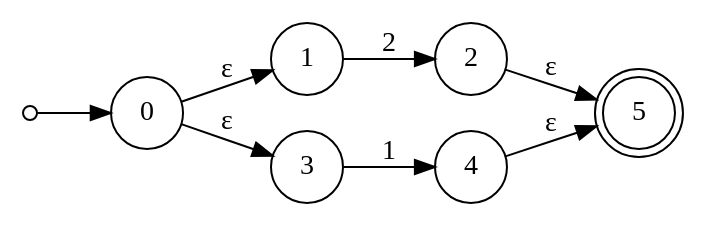
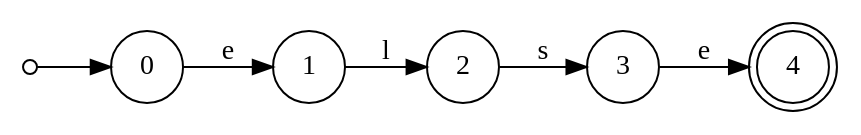
The diagram in nfa1.gv (EstebanAG1005/LaboratorioC-Lenguajes), drawn with Graphviz before and after one commit. The commit also changed 17 other files, not shown here.

```diff
--- a/nfa1.gv
+++ b/nfa1.gv
@@ -1,14 +1,12 @@
 digraph {
 	rankdir=LR size="8,5"
 	node [shape=doublecircle]
-	5
+	4
 	node [shape=circle]
 	start [label="" height=0.1 width=0.1]
 	start -> 0 [label=""]
-	0 -> 1 [label="ε"]
-	0 -> 3 [label="ε"]
-	1 -> 2 [label=2]
-	3 -> 4 [label=1]
-	2 -> 5 [label="ε"]
-	4 -> 5 [label="ε"]
+	0 -> 1 [label=e]
+	1 -> 2 [label=l]
+	2 -> 3 [label=s]
+	3 -> 4 [label=e]
 }
```
